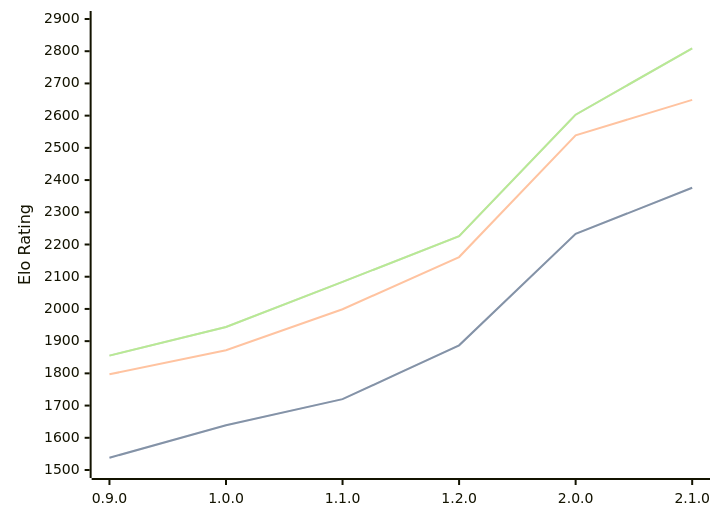
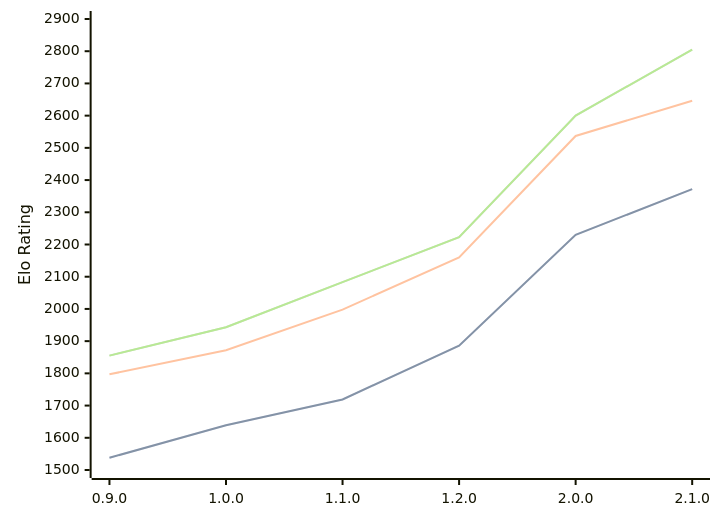
One commit to computer-chess-index/cci changed the diagram in engines/Ratsu.md. Above: the diagram before and after it, drawn with Mermaid. The commit also changed other lines of this file, not shown here.

Commit message:
Update CCI Ratings (ELO VLTC) - 2026-08-12

````diff
--- a/engines/Ratsu.md
+++ b/engines/Ratsu.md
@@ -36,11 +36,11 @@
 ```mermaid
 %%{init: {"theme":"base","themeVariables":{"seriesColors:['#a3a3a3','#222221','#faa371']}}}%%
 xychart-beta
   x-axis ["0.9.0", "1.0.0", "1.1.0", "1.2.0", "2.0.0", "2.1.0"]
   y-axis "Elo Rating" 1500 --> 2900
-  line "STC (8.0+0.08s)" [1538, 1639, 1720, 1887, 2233, 2376]
-  line "STC (8.0+0.08s)" [1538, 1639, 1720, 1887, 2233, 2376]
-  line "LTC (60.0+0.60s)" [1797, 1872, 1999, 2161, 2539, 2649]
-  line "VLTC (2m24s+1.12s)" [1855, 1944, 2084, 2226, 2603, 2809]
-  line "VLTC (2m24s+1.12s)" [1855, 1944, 2084, 2226, 2603, 2809]
+  line "STC (8.0+0.08s)" [1538, 1639, 1719, 1886, 2230, 2372]
+  line "STC (8.0+0.08s)" [1538, 1639, 1719, 1886, 2230, 2372]
+  line "LTC (60.0+0.60s)" [1797, 1872, 1998, 2160, 2537, 2646]
+  line "VLTC (2m24s+1.12s)" [1855, 1943, 2083, 2223, 2600, 2805]
+  line "VLTC (2m24s+1.12s)" [1855, 1943, 2083, 2223, 2600, 2805]
 ```
````
